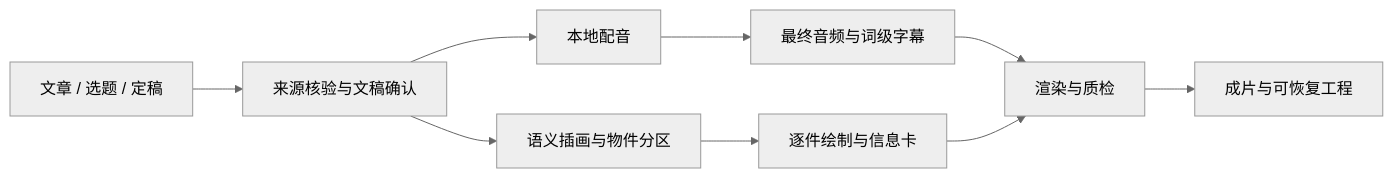
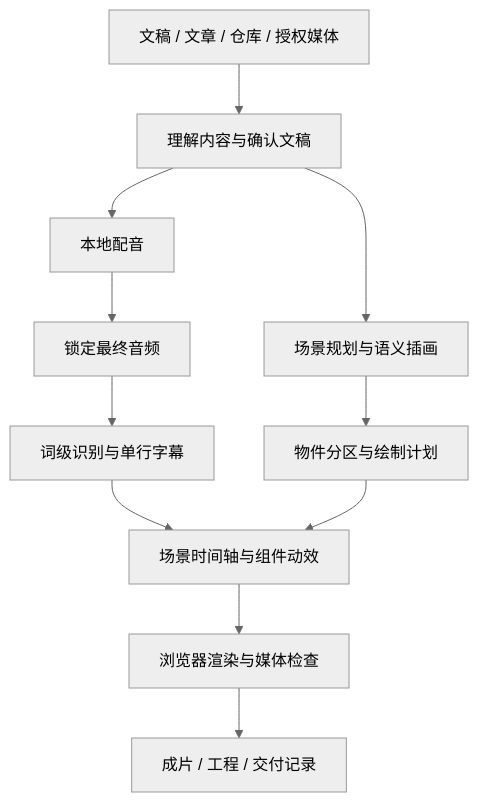
One commit to kaiteJiang/BoomEarth changed the diagram in README.md. Above: the diagram before and after it, drawn with Mermaid (neutral theme). The commit also changed other lines of this file, not shown here.

````diff
--- a/README.md
+++ b/README.md
@@ -66,11 +155,13 @@
 ```mermaid
-flowchart LR
-    A[文章 / 选题 / 定稿] --> B[来源核验与文稿确认]
+flowchart TB
+    A[文稿 / 文章 / 仓库 / 授权媒体] --> B[理解内容与确认文稿]
     B --> C[本地配音]
-    B --> D[语义插画与物件分区]
-    C --> E[最终音频与词级字幕]
-    D --> F[逐件绘制与信息卡]
-    E --> G[渲染与质检]
-    F --> G
-    G --> H[成片与可恢复工程]
+    B --> D[场景规划与语义插画]
+    C --> E[锁定最终音频]
+    E --> F[词级识别与单行字幕]
+    D --> G[物件分区与绘制计划]
+    F --> H[场景时间轴与组件动效]
+    G --> H
+    H --> I[浏览器渲染与媒体检查]
+    I --> J[成片 / 工程 / 交付记录]
 ```
````
